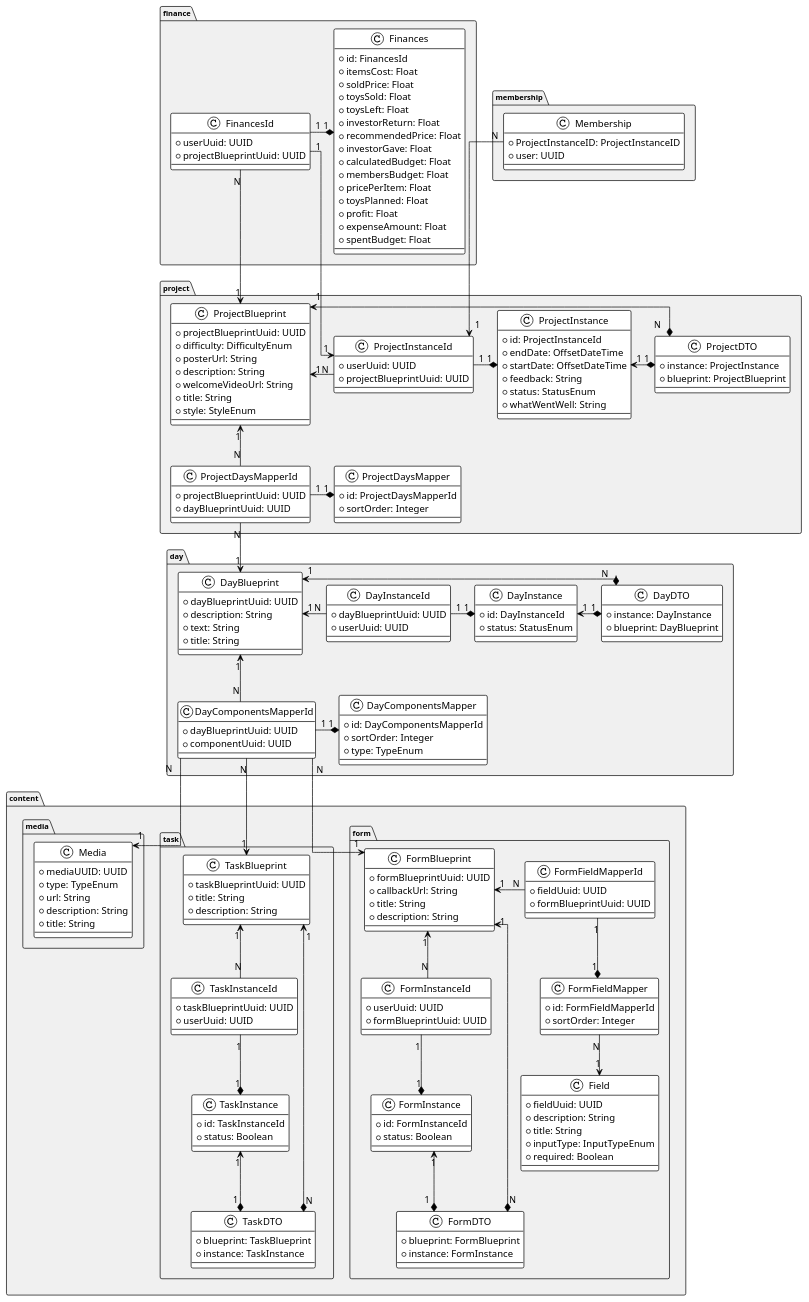
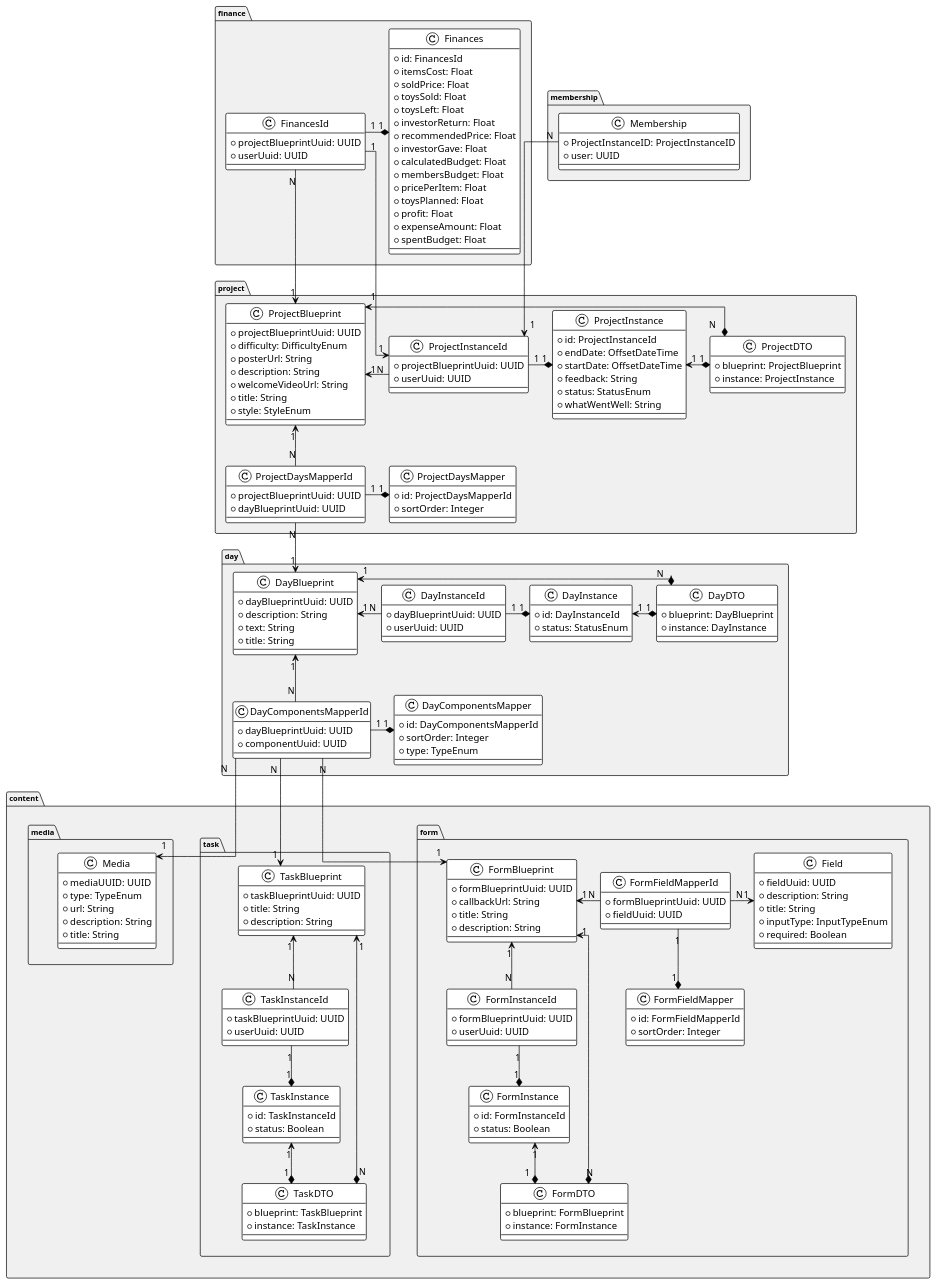
The diagram in docs/analysis/classes-diagram/classes-diag.plantuml (dmr4eg/la-infrastructure), drawn with PlantUML before and after one commit. The commit also changed 33 other files, not shown here.

```diff
--- a/docs/analysis/classes-diagram/classes-diag.plantuml
+++ b/docs/analysis/classes-diagram/classes-diag.plantuml
@@ -22,8 +22,8 @@
     }
 
     class ProjectInstanceId {
+        * projectBlueprintUuid: UUID
         * userUuid: UUID
-        * projectBlueprintUuid: UUID
     }
 
     class ProjectInstance {
@@ -36,8 +36,8 @@
     }
 
     class ProjectDTO {
+        * blueprint: ProjectBlueprint
         * instance: ProjectInstance
-        * blueprint: ProjectBlueprint
     }
 
     class ProjectDaysMapperId {
@@ -78,8 +78,8 @@
     }
 
     class DayDTO {
+        * blueprint: DayBlueprint
         * instance: DayInstance
-        * blueprint: DayBlueprint
     }
 
     class DayComponentsMapperId {
@@ -104,8 +104,8 @@
         }
 
         class FormInstanceId {
+            * formBlueprintUuid: UUID
             * userUuid: UUID
-            * formBlueprintUuid: UUID
         }
 
         class FormInstance {
@@ -119,8 +119,8 @@
         }
 
         class FormFieldMapperId {
+            * formBlueprintUuid: UUID
             * fieldUuid: UUID
-            * formBlueprintUuid: UUID
         }
 
         class FormFieldMapper {
@@ -172,8 +172,8 @@
 }
 package "finance" {
     class FinancesId {
+        * projectBlueprintUuid: UUID
         * userUuid: UUID
-        * projectBlueprintUuid: UUID
     }
     class Finances {
         * id: FinancesId
@@ -193,7 +193,6 @@
         * spentBudget: Float
     }
 }
-
 FinancesId       "1" -down-> "1" ProjectInstanceId
 FinancesId       "N" -down-> "1" ProjectBlueprint
 Finances         "1" *-left- "1" FinancesId
@@ -230,8 +229,11 @@
 FormInstance     "1" *-up- "1" FormInstanceId
 FormDTO          "N" *-up-> "1" FormBlueprint
 FormDTO          "1" *-up-> "1" FormInstance
+
 FormFieldMapperId "N" -left-> "1" FormBlueprint
 FormFieldMapper  "1" *-up- "1" FormFieldMapperId
-FormFieldMapper "N" -down-> "1" Field
+FormFieldMapperId "N" -right-> "1" Field
 
+media -right[hidden]-> task
+task -right[hidden]-> form
 @enduml
```
